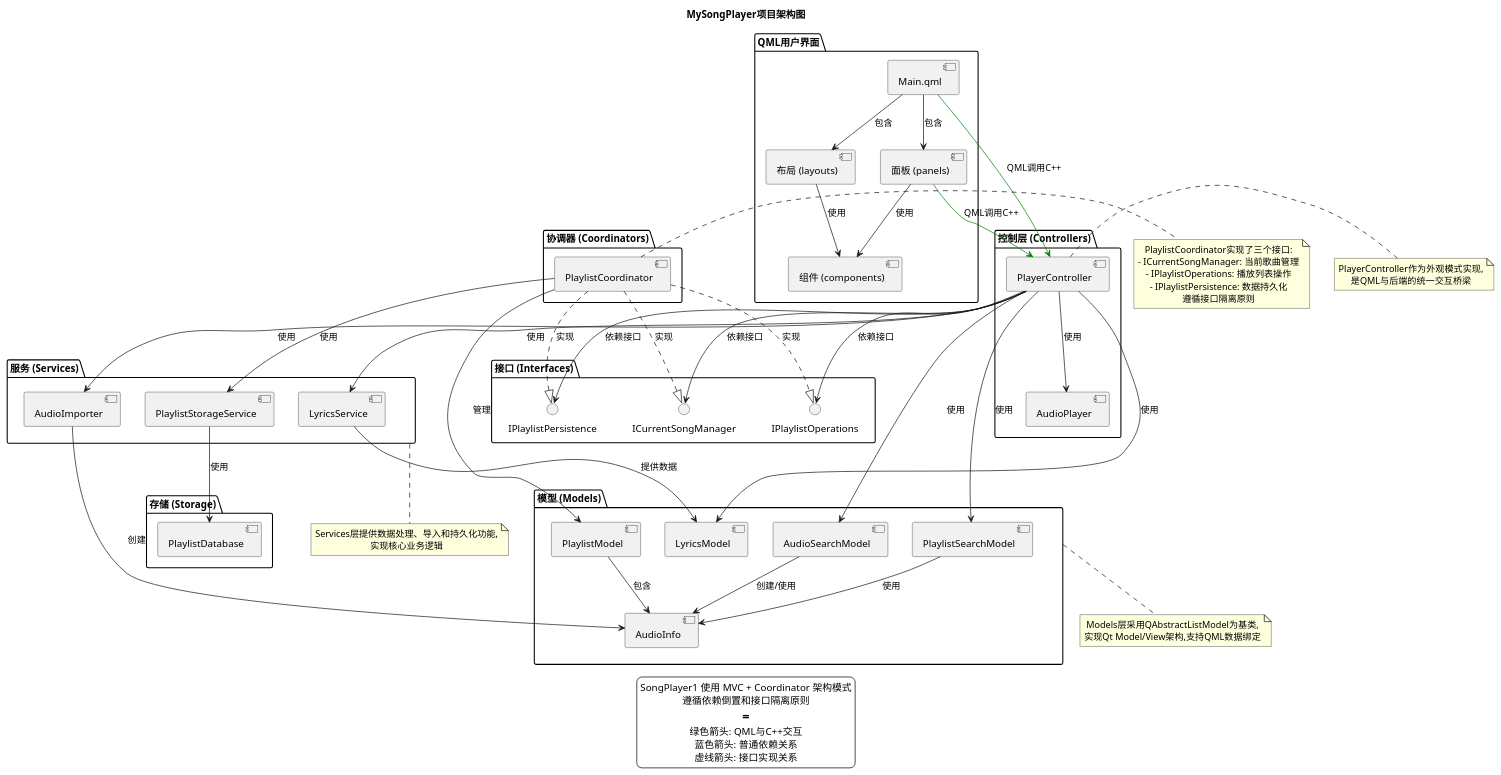
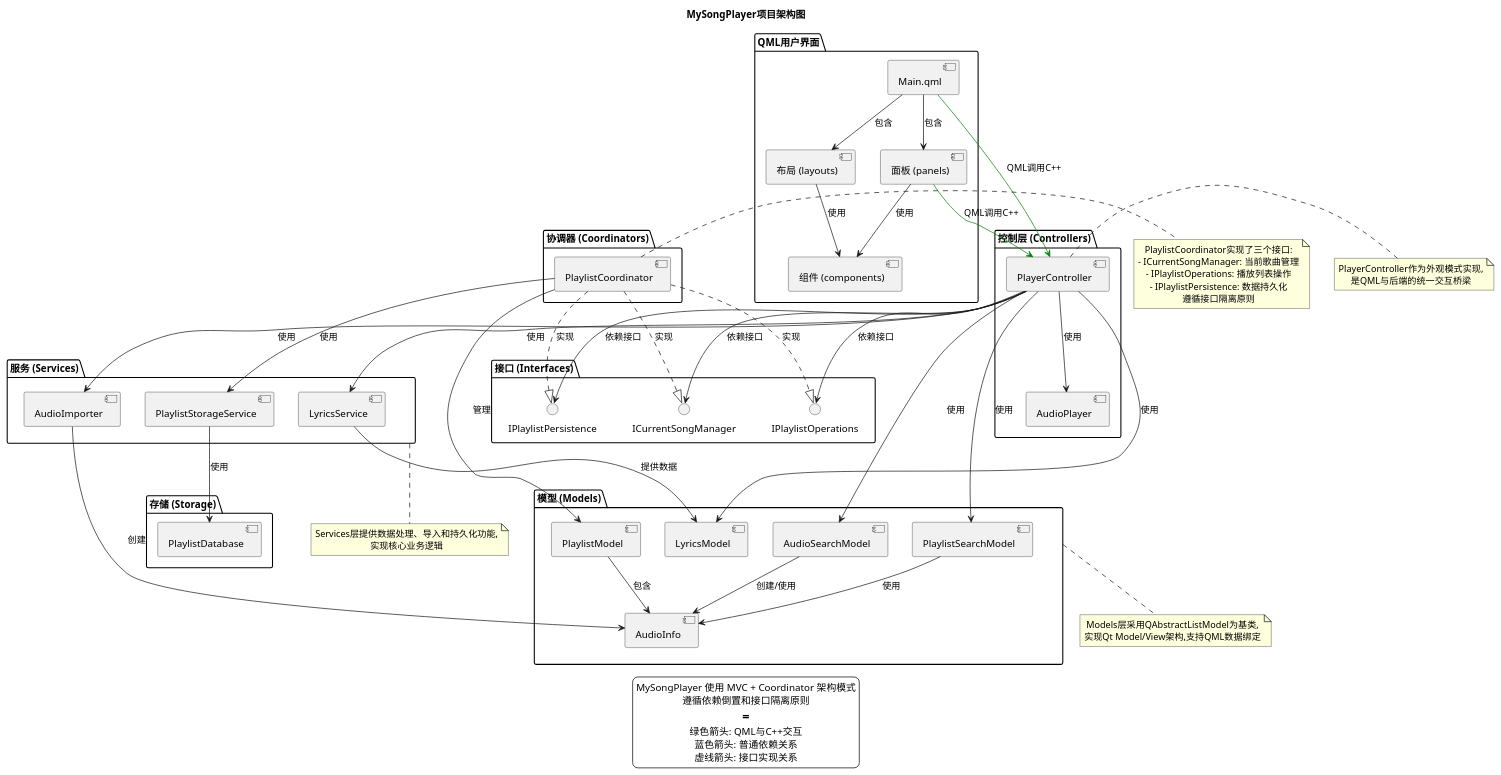
One commit to drychq/MySongPlayer changed the diagram in uml/songplayer_architecture.puml. Above: the diagram before and after it, drawn with PlantUML. The commit also changed 1 other file, not shown here.

```diff
--- a/uml/songplayer_architecture.puml
+++ b/uml/songplayer_architecture.puml
@@ -1,128 +1,128 @@
 @startuml MySongPlayer项目架构图
 
 ' 配置
 skinparam componentStyle uml2
 skinparam backgroundColor white
 skinparam packageTitleAlignment center
 skinparam defaultFontName Microsoft YaHei
 skinparam defaultTextAlignment center
 
 ' 标题
 title MySongPlayer项目架构图
 
 ' 包定义
 package "控制层 (Controllers)" {
   [PlayerController] as PC
   [AudioPlayer] as AP
 }
 
 package "协调器 (Coordinators)" {
   [PlaylistCoordinator] as PLCO
 }
 
 package "接口 (Interfaces)" {
   interface "ICurrentSongManager" as ICSM
   interface "IPlaylistOperations" as IPO
   interface "IPlaylistPersistence" as IPP
 }
 
 package "模型 (Models)" as MODELS {
   [AudioInfo] as AI
   [PlaylistModel] as PLM
   [AudioSearchModel] as ASM
   [PlaylistSearchModel] as PSM
   [LyricsModel] as LM
 }
 
 package "服务 (Services)" as SERVICES {
   [AudioImporter] as AIM
   [LyricsService] as LS
   [PlaylistStorageService] as PSS
 }
 
 package "存储 (Storage)" {
   [PlaylistDatabase] as PDB
 }
 
 package "QML用户界面" {
   [Main.qml] as MQML
   [组件 (components)] as COMP
   [布局 (layouts)] as LAY
   [面板 (panels)] as PAN
 }
 
 ' 控制层依赖关系
 PC --> AP : 使用
 PC --> ICSM : 依赖接口
 PC --> IPO : 依赖接口
 PC --> IPP : 依赖接口
 PC --> ASM : 使用
 PC --> PSM : 使用
 PC --> AIM : 使用
 PC --> LM : 使用
 PC --> LS : 使用
 
 ' 接口实现关系
 PLCO ..|> ICSM : 实现
 PLCO ..|> IPO : 实现
 PLCO ..|> IPP : 实现
 
 ' 协调器依赖关系
 PLCO --> PLM : 管理
 PLCO --> PSS : 使用
 
 ' 模型依赖关系
 PLM --> AI : 包含
 ASM --> AI : 创建/使用
 PSM --> AI : 使用
 
 ' 服务依赖关系
 PSS --> PDB : 使用
 LS --> LM : 提供数据
 AIM --> AI : 创建
 
 ' QML界面依赖关系
 MQML --> LAY : 包含
 MQML --> PAN : 包含
 LAY --> COMP : 使用
 PAN --> COMP : 使用
 
 ' QML与C++之间的交互
 MQML -[#green]-> PC : QML调用C++
 PAN -[#green]-> PC : QML调用C++
 
 ' 图例说明
 legend
-  SongPlayer1 使用 MVC + Coordinator 架构模式
+  MySongPlayer 使用 MVC + Coordinator 架构模式
   遵循依赖倒置和接口隔离原则
   ==
   绿色箭头: QML与C++交互
   蓝色箭头: 普通依赖关系
   虚线箭头: 接口实现关系
 endlegend
 
 ' 架构说明注释
 note right of PLCO
   PlaylistCoordinator实现了三个接口:
   - ICurrentSongManager: 当前歌曲管理
   - IPlaylistOperations: 播放列表操作
   - IPlaylistPersistence: 数据持久化
   遵循接口隔离原则
 end note
 
 note right of PC
   PlayerController作为外观模式实现,
   是QML与后端的统一交互桥梁
 end note
 
 note bottom of MODELS
   Models层采用QAbstractListModel为基类,
   实现Qt Model/View架构,支持QML数据绑定
 end note
 
 note bottom of SERVICES
   Services层提供数据处理、导入和持久化功能,
   实现核心业务逻辑
 end note
 
 @enduml
```
